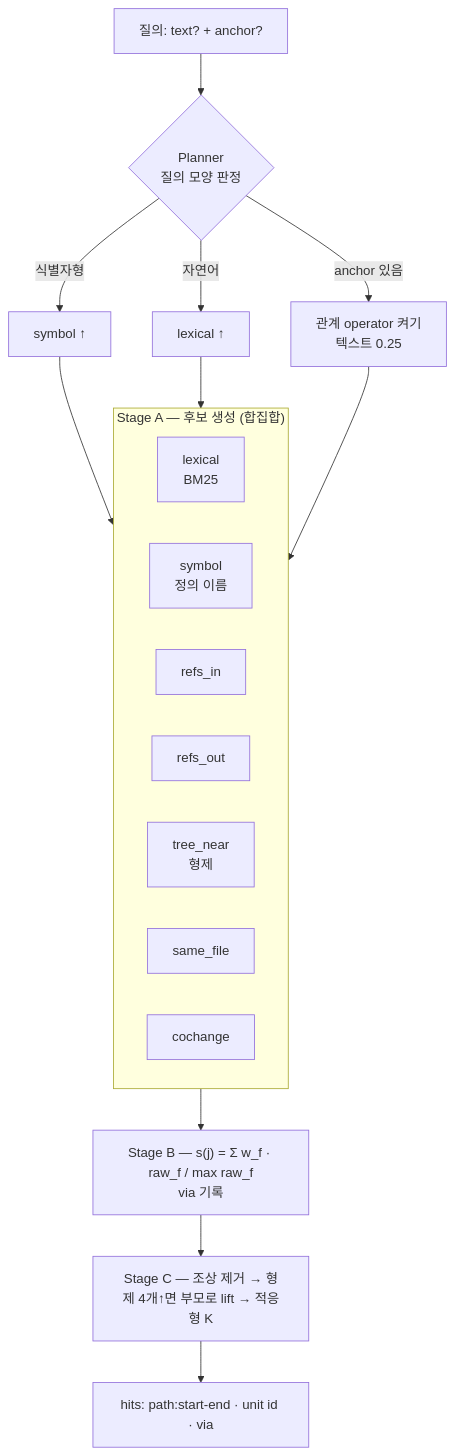
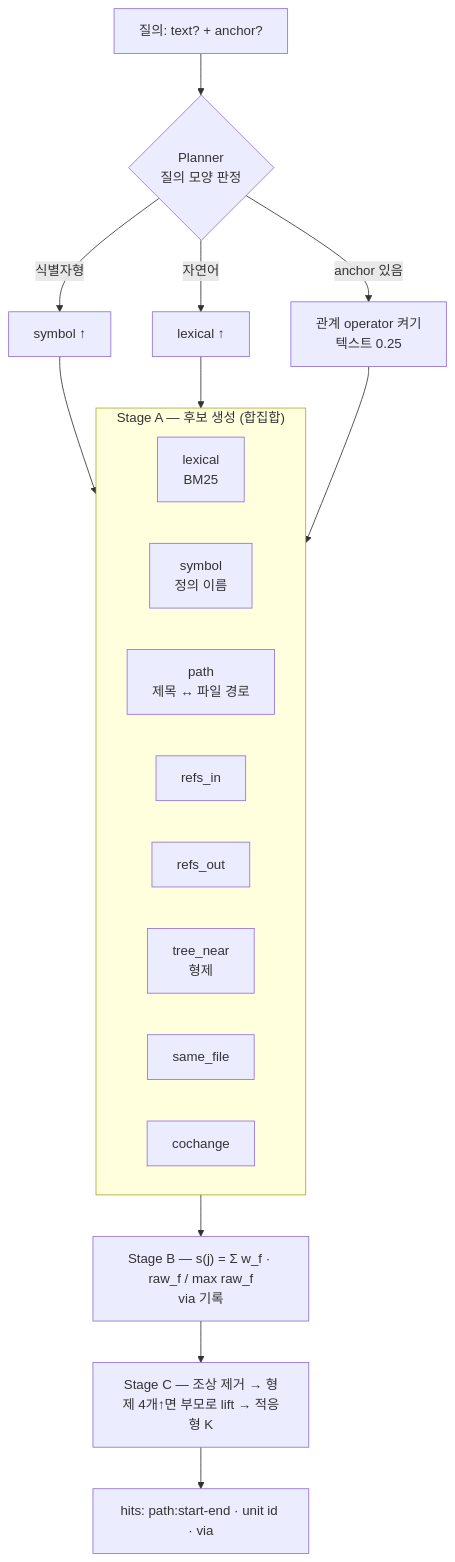
Before and after one commit to CREE1116/UBIS: the fourth of 6 diagrams in README.md, drawn with Mermaid. The commit also changed other lines of this file and 14 other files, not shown here.

````diff
--- a/README.md
+++ b/README.md
@@ -254,23 +256,24 @@
 ```mermaid
 flowchart TB
     Q["질의: text? + anchor?"] --> P{Planner<br/>질의 모양 판정}
     P -->|식별자형| W1["symbol ↑"]
     P -->|자연어| W2["lexical ↑"]
     P -->|anchor 있음| W3["관계 operator 켜기<br/>텍스트 0.25"]
     W1 & W2 & W3 --> A
 
     subgraph A["Stage A — 후보 생성 (합집합)"]
         direction LR
         L[lexical<br/>BM25]
         S[symbol<br/>정의 이름]
+        PM[path<br/>제목 ↔ 파일 경로]
         RI[refs_in]
         RO[refs_out]
         TN[tree_near<br/>형제]
         SF[same_file]
         CC[cochange]
     end
 
     A --> B["Stage B — s(j) = Σ w_f · raw_f / max raw_f<br/>via 기록"]
     B --> C1["Stage C — 조상 제거 → 형제 4개↑면 부모로 lift → 적응형 K"]
     C1 --> R["hits: path:start-end · unit id · via"]
 ```
````
